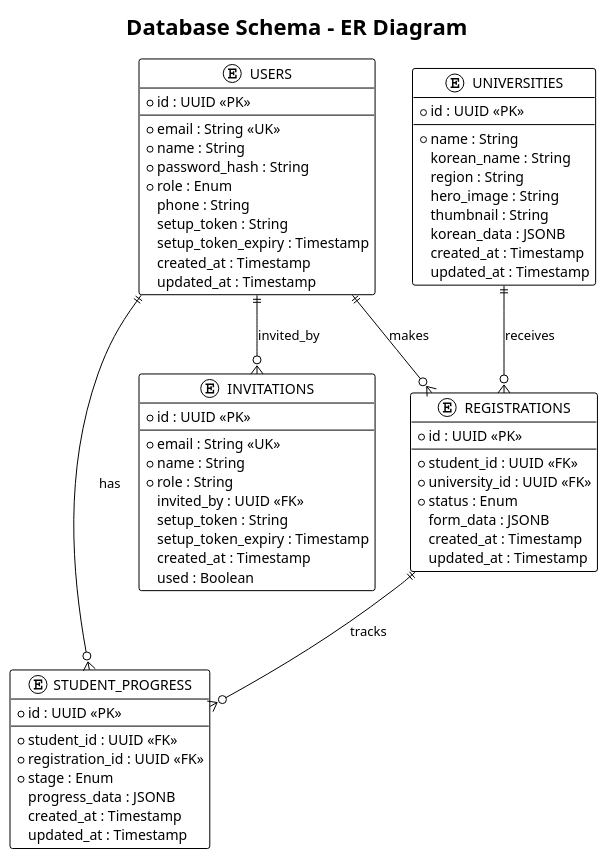
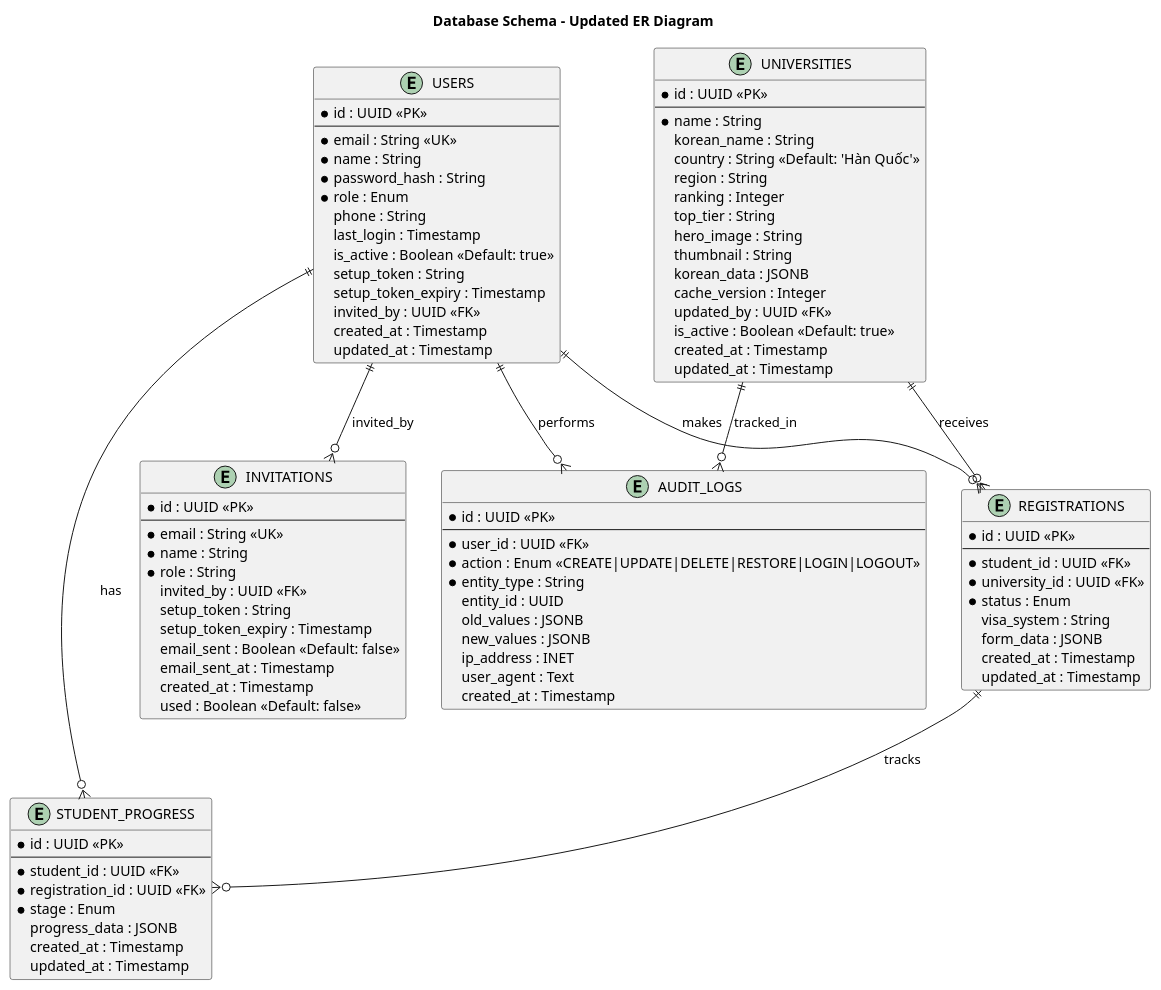
The fourth of 10 diagrams in docs/ARCHITECTURE_PLANTUML.puml (GitPab/project), drawn with PlantUML before and after one commit. The commit also changed other lines of this file and 66 other files, not shown here.

```diff
--- a/docs/ARCHITECTURE_PLANTUML.puml
+++ b/docs/ARCHITECTURE_PLANTUML.puml
@@ -194,74 +211,101 @@
-@startuml DuHocCost_DatabaseER
-!theme plain
+@startuml DuHocCost_DatabaseER_Updated
 
-title Database Schema - ER Diagram
+title Database Schema - Updated ER Diagram
 
 entity "USERS" as Users {
     * id : UUID <<PK>>
     --
     * email : String <<UK>>
     * name : String
     * password_hash : String
     * role : Enum
     phone : String
+    last_login : Timestamp
+    is_active : Boolean <<Default: true>>
     setup_token : String
     setup_token_expiry : Timestamp
+    invited_by : UUID <<FK>>
     created_at : Timestamp
     updated_at : Timestamp
 }
 
 entity "UNIVERSITIES" as Universities {
     * id : UUID <<PK>>
     --
     * name : String
     korean_name : String
+    country : String <<Default: 'Hàn Quốc'>>
     region : String
+    ranking : Integer
+    top_tier : String
     hero_image : String
     thumbnail : String
     korean_data : JSONB
+    cache_version : Integer
+    updated_by : UUID <<FK>>
+    is_active : Boolean <<Default: true>>
     created_at : Timestamp
     updated_at : Timestamp
 }
 
 entity "REGISTRATIONS" as Registrations {
     * id : UUID <<PK>>
     --
     * student_id : UUID <<FK>>
     * university_id : UUID <<FK>>
     * status : Enum
+    visa_system : String
     form_data : JSONB
     created_at : Timestamp
     updated_at : Timestamp
 }
 
 entity "STUDENT_PROGRESS" as Progress {
     * id : UUID <<PK>>
     --
     * student_id : UUID <<FK>>
     * registration_id : UUID <<FK>>
     * stage : Enum
     progress_data : JSONB
     created_at : Timestamp
     updated_at : Timestamp
 }
 
+entity "AUDIT_LOGS" as AuditLogs {
+    * id : UUID <<PK>>
+    --
+    * user_id : UUID <<FK>>
+    * action : Enum <<CREATE|UPDATE|DELETE|RESTORE|LOGIN|LOGOUT>>
+    * entity_type : String
+    entity_id : UUID
+    old_values : JSONB
+    new_values : JSONB
+    ip_address : INET
+    user_agent : Text
+    created_at : Timestamp
+}
+
 entity "INVITATIONS" as Invitations {
     * id : UUID <<PK>>
     --
     * email : String <<UK>>
     * name : String
     * role : String
     invited_by : UUID <<FK>>
     setup_token : String
     setup_token_expiry : Timestamp
+    email_sent : Boolean <<Default: false>>
+    email_sent_at : Timestamp
     created_at : Timestamp
-    used : Boolean
+    used : Boolean <<Default: false>>
 }
 
 Users ||--o{ Registrations : "makes"
 Users ||--o{ Progress : "has"
 Users ||--o{ Invitations : "invited_by"
+Users ||--o{ AuditLogs : "performs"
 Universities ||--o{ Registrations : "receives"
+Universities ||--o{ AuditLogs : "tracked_in"
 Registrations ||--o{ Progress : "tracks"
 
 @enduml
```
